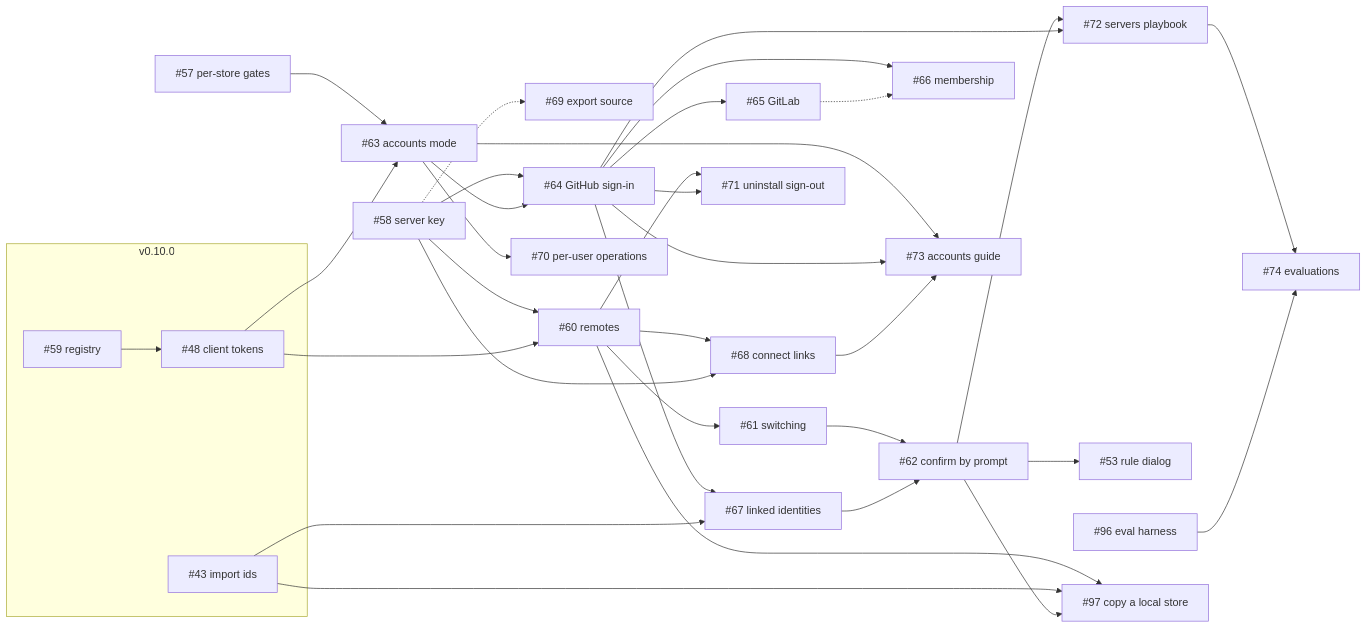
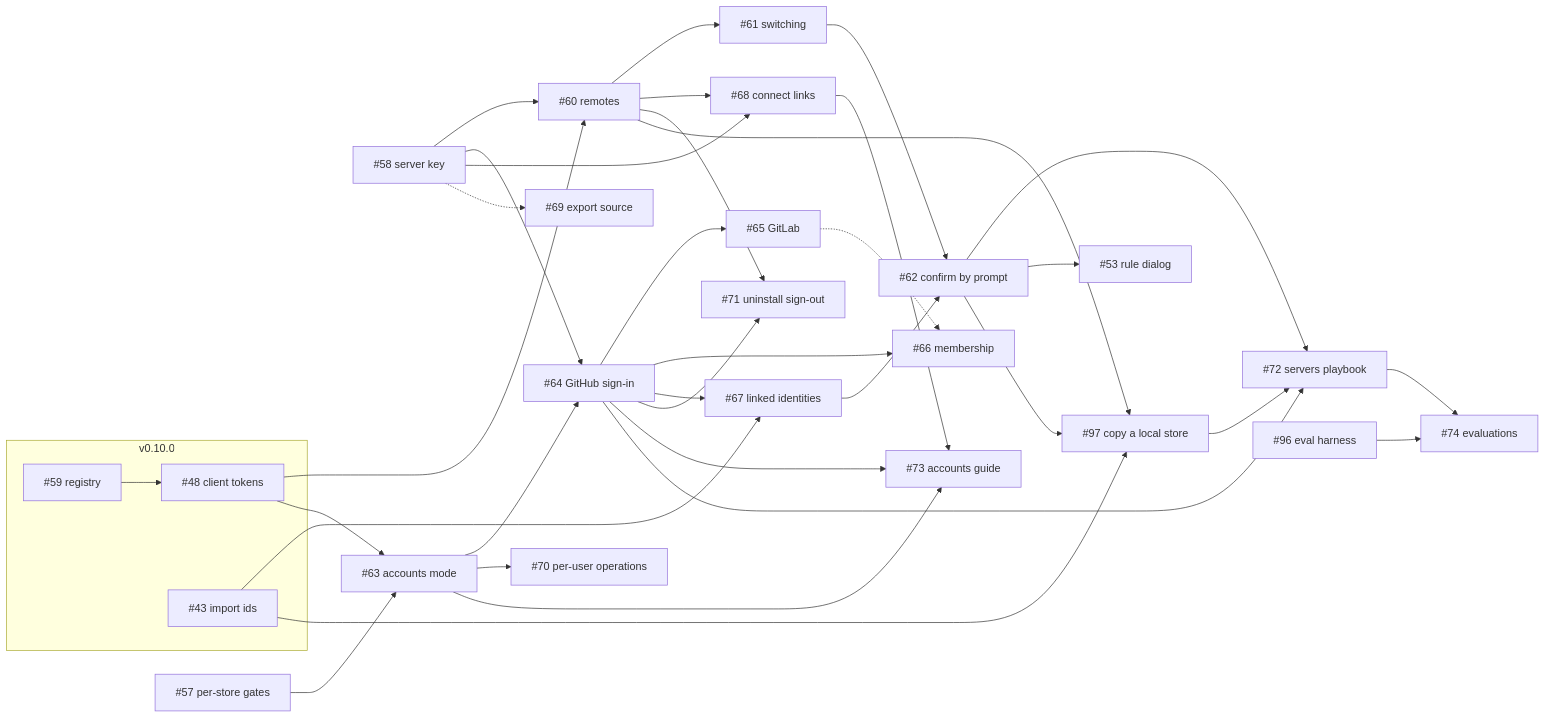
One commit to l7aromeo/user-memory changed the diagram in design/12-build-order.md. Above: the diagram before and after it, drawn with Mermaid. The commit also changed other lines of this file and 1 other file, not shown here.

````diff
--- a/design/12-build-order.md
+++ b/design/12-build-order.md
@@ -35,61 +35,62 @@
 ```mermaid
 flowchart LR
     subgraph v010[v0.10.0]
         I48["#48 client tokens"]
         I59["#59 registry"]
         I43["#43 import ids"]
     end
     I57["#57 per-store gates"]
     I58["#58 server key"]
     I69["#69 export source"]
     I60["#60 remotes"]
     I63["#63 accounts mode"]
     I61["#61 switching"]
     I64["#64 GitHub sign-in"]
     I68["#68 connect links"]
     I70["#70 per-user operations"]
     I62["#62 confirm by prompt"]
     I65["#65 GitLab"]
     I66["#66 membership"]
     I67["#67 linked identities"]
     I71["#71 uninstall sign-out"]
     I73["#73 accounts guide"]
     I72["#72 servers playbook"]
     I74["#74 evaluations"]
     I53["#53 rule dialog"]
     I96["#96 eval harness"]
     I97["#97 copy a local store"]
 
     I59 --> I48
     I58 --> I60
     I48 --> I60
     I57 --> I63
     I48 --> I63
     I60 --> I61
     I58 --> I64
     I63 --> I64
     I60 --> I68
     I63 --> I70
     I61 --> I62
     I64 --> I65
     I64 --> I66
     I64 --> I67
     I43 --> I67
     I60 --> I71
     I64 --> I71
     I63 --> I73
     I64 --> I73
     I68 --> I73
     I62 --> I72
     I64 --> I72
+    I97 --> I72
     I72 --> I74
     I58 --> I68
     I67 --> I62
     I62 --> I53
     I96 --> I74
     I60 --> I97
     I43 --> I97
     I62 --> I97
     I58 -.-> I69
     I65 -.-> I66
 ```
````
